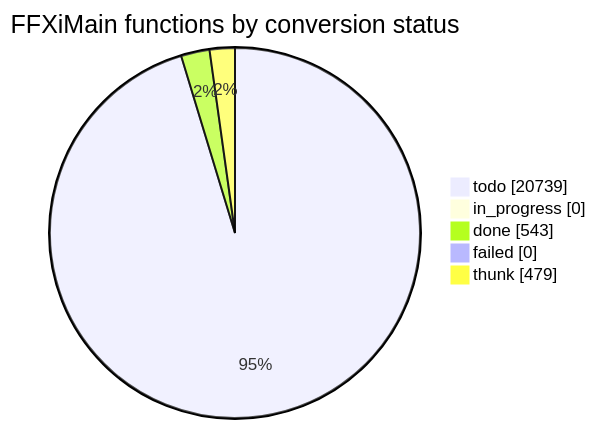
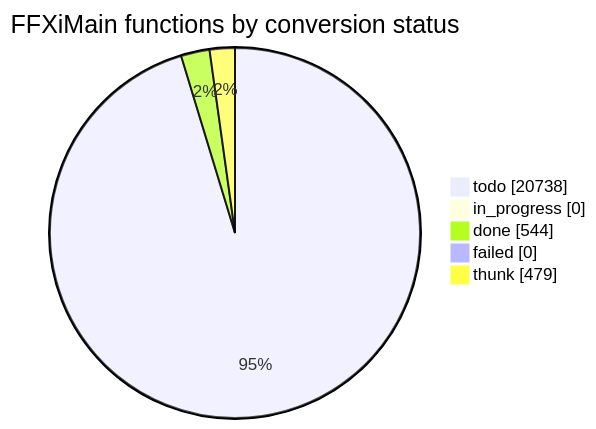
The diagram in docs/cow/STATUS.md (cowrevenge/cow_kuluu_xi_anything), drawn with Mermaid before and after one commit. The commit also changed other lines of this file and 9 other files, not shown here.

````diff
--- a/docs/cow/STATUS.md
+++ b/docs/cow/STATUS.md
@@ -18,9 +18,9 @@
 ```mermaid
 pie showData
     title FFXiMain functions by conversion status
-    "todo" : 20739
+    "todo" : 20738
     "in_progress" : 0
-    "done" : 543
+    "done" : 544
     "failed" : 0
     "thunk" : 479
 ```
````
